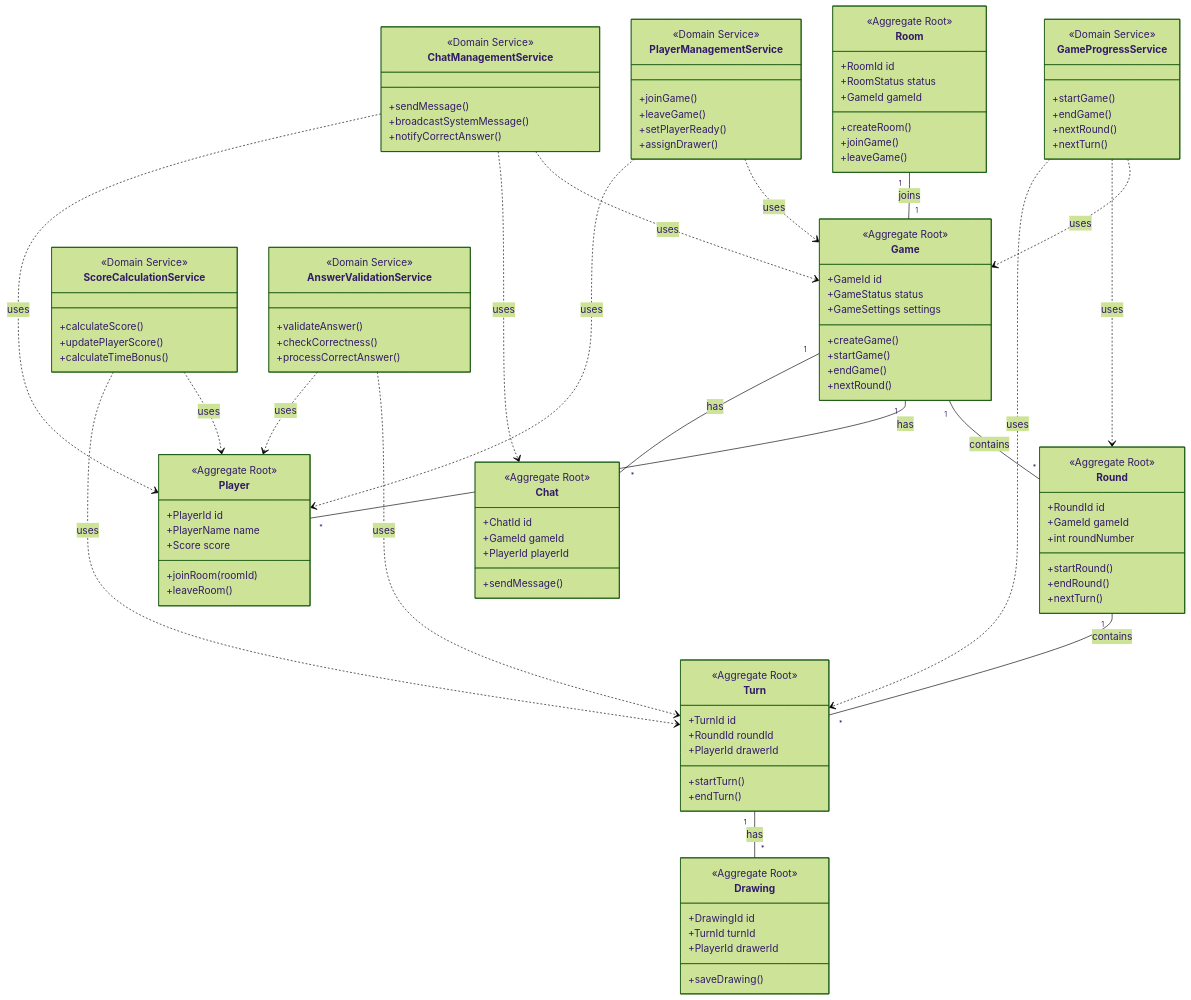
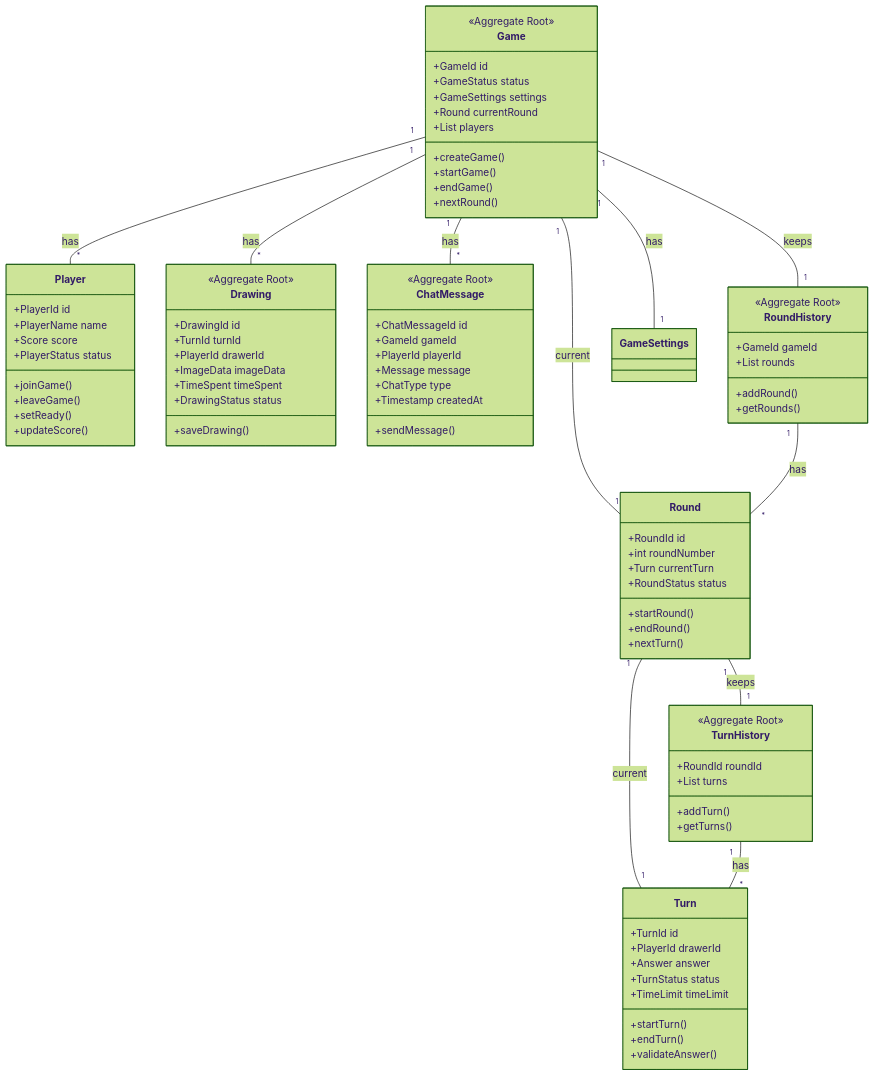
Before and after one commit to otonowa-naka/esiritori: the first of 7 diagrams in design/domain-model.md, drawn with Mermaid (forest theme). The commit also changed other lines of this file and 2 other files, not shown here.

````diff
--- a/design/domain-model.md
+++ b/design/domain-model.md
@@ -5,11 +5,12 @@
 ```mermaid
 classDiagram
-    %% 集約ルート間の関係
     class Game {
         <<Aggregate Root>>
         +GameId id
         +GameStatus status
         +GameSettings settings
+        +Round currentRound
+        +List<Player> players
         +createGame()
         +startGame()
         +endGame()
@@ -17,41 +18,35 @@
     }
 
     class Round {
-        <<Aggregate Root>>
         +RoundId id
-        +GameId gameId
         +int roundNumber
+        +Turn currentTurn
+        +RoundStatus status
         +startRound()
         +endRound()
         +nextTurn()
     }
 
     class Turn {
-        <<Aggregate Root>>
         +TurnId id
-        +RoundId roundId
         +PlayerId drawerId
+        +Answer answer
+        +TurnStatus status
+        +TimeLimit timeLimit
         +startTurn()
         +endTurn()
-    }
-
-    class Room {
-        <<Aggregate Root>>
-        +RoomId id
-        +RoomStatus status
-        +GameId gameId
-        +createRoom()
-        +joinGame()
-        +leaveGame()
+        +validateAnswer()
     }
 
     class Player {
-        <<Aggregate Root>>
         +PlayerId id
         +PlayerName name
         +Score score
-        +joinRoom(roomId)
-        +leaveRoom()
+        +PlayerStatus status
+        +joinGame()
+        +leaveGame()
+        +setReady()
+        +updateScore()
     }
 
     class Drawing {
@@ -59,74 +54,48 @@
         +DrawingId id
         +TurnId turnId
         +PlayerId drawerId
+        +ImageData imageData
+        +TimeSpent timeSpent
+        +DrawingStatus status
         +saveDrawing()
     }
 
-    class Chat {
+    class ChatMessage {
         <<Aggregate Root>>
-        +ChatId id
+        +ChatMessageId id
         +GameId gameId
         +PlayerId playerId
+        +Message message
+        +ChatType type
+        +Timestamp createdAt
         +sendMessage()
     }
 
-    %% ドメインサービス
-    class GameProgressService {
-        <<Domain Service>>
-        +startGame()
-        +endGame()
-        +nextRound()
-        +nextTurn()
+    class RoundHistory {
+        <<Aggregate Root>>
+        +GameId gameId
+        +List<Round> rounds
+        +addRound()
+        +getRounds()
     }
 
-    class ScoreCalculationService {
-        <<Domain Service>>
-        +calculateScore()
-        +updatePlayerScore()
-        +calculateTimeBonus()
+    class TurnHistory {
+        <<Aggregate Root>>
+        +RoundId roundId
+        +List<Turn> turns
+        +addTurn()
+        +getTurns()
     }
 
-    class AnswerValidationService {
-        <<Domain Service>>
-        +validateAnswer()
-        +checkCorrectness()
-        +processCorrectAnswer()
-    }
-
-    class PlayerManagementService {
-        <<Domain Service>>
-        +joinGame()
-        +leaveGame()
-        +setPlayerReady()
-        +assignDrawer()
-    }
-
-    class ChatManagementService {
-        <<Domain Service>>
-        +sendMessage()
-        +broadcastSystemMessage()
-        +notifyCorrectAnswer()
-    }
-
-    %% 集約間の関係
-    Game "1" -- "*" Round : contains
-    Round "1" -- "*" Turn : contains
-    Room "1" -- "1" Game : joins
+    %% 関係
+    Game "1" -- "1" Round : current
     Game "1" -- "*" Player : has
-    Game "1" -- "*" Chat : has
-    Turn "1" -- "*" Drawing : has
-
-    %% ドメインサービスとの関係
-    GameProgressService ..> Game : uses
-    GameProgressService ..> Round : uses
-    GameProgressService ..> Turn : uses
-    ScoreCalculationService ..> Player : uses
-    ScoreCalculationService ..> Turn : uses
-    AnswerValidationService ..> Turn : uses
-    AnswerValidationService ..> Player : uses
-    PlayerManagementService ..> Game : uses
-    PlayerManagementService ..> Player : uses
-    ChatManagementService ..> Game : uses
-    ChatManagementService ..> Chat : uses
-    ChatManagementService ..> Player : uses
+    Game "1" -- "*" Drawing : has
+    Game "1" -- "*" ChatMessage : has
+    Game "1" -- "1" GameSettings : has
+    Game "1" -- "1" RoundHistory : keeps
+    Round "1" -- "1" Turn : current
+    Round "1" -- "1" TurnHistory : keeps
+    RoundHistory "1" -- "*" Round : has
+    TurnHistory "1" -- "*" Turn : has
 ```
````
